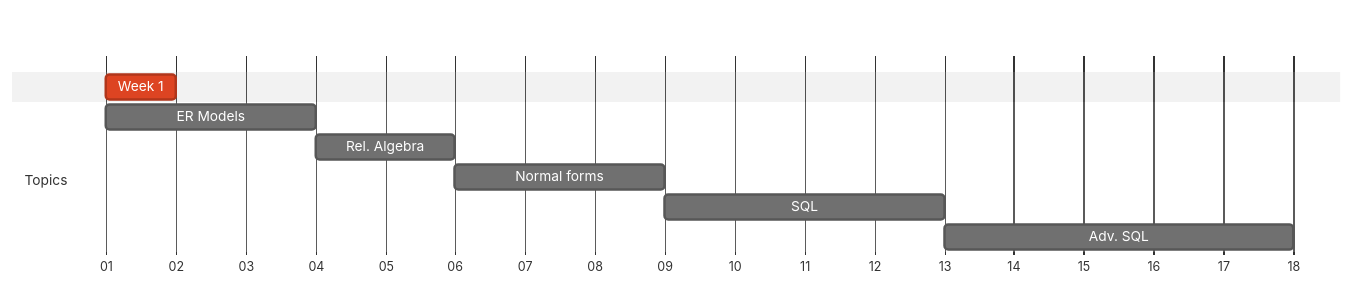
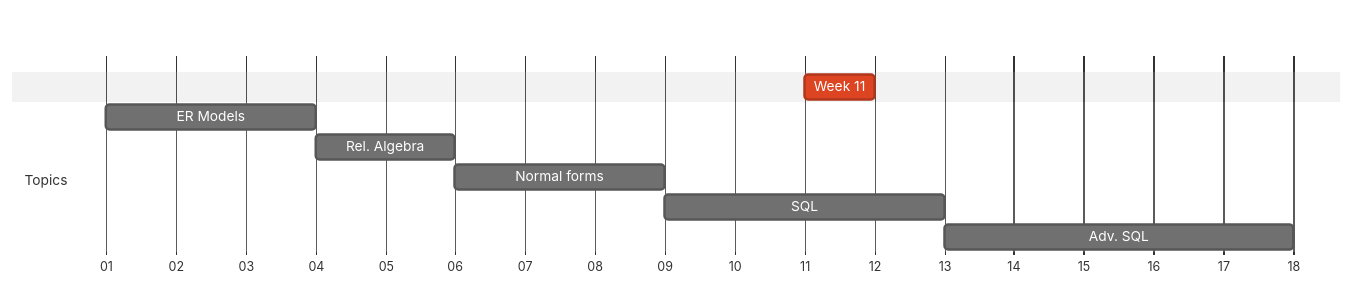
One commit to lowkeylabs/cmsc408-course-admin changed the diagram in fa2024/lectures/week-mermaid.mmd. Above: the diagram before and after it, drawn with Mermaid (neutral theme). The commit also changed 183 other files, not shown here.

Commit message:
weekly gantt images and lectures

```diff
--- a/fa2024/lectures/week-mermaid.mmd
+++ b/fa2024/lectures/week-mermaid.mmd
@@ -1,14 +1,14 @@
 
 gantt
     dateFormat  M/DD/YYYY
     axisFormat  %W
 
     section    
-    Week 1 : crit, weekblock, 1/7/2024, 1w
+    Week 11 : crit, weekblock, 3/17/2024, 1w
 
     section Topics
     ER Models : m1, 1/7/2024, 3w
     Rel. Algebra: m4, after m1, 2w
     Normal forms: m5, after m4, 3w
     SQL : m6, after m5, 4w
     Adv. SQL: m7, after m6, 5w
```
